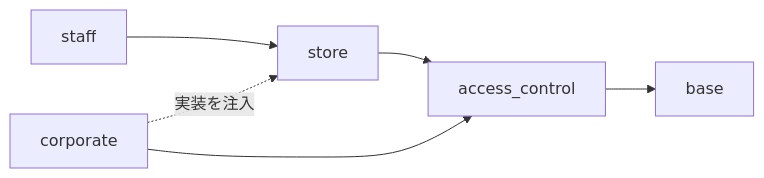
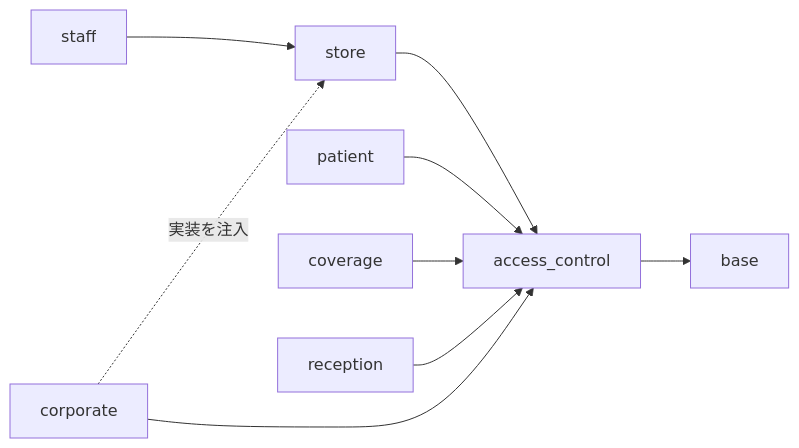
Before and after one commit to SatohaCC/PharmacyDomain: the second of 2 diagrams in okf/index.md, drawn with Mermaid. The commit also changed other lines of this file and 7 other files, not shown here.

````diff
--- a/okf/index.md
+++ b/okf/index.md
@@ -327,6 +332,9 @@
 ```mermaid
 flowchart LR
     ST[staff] --> SR[store] --> AC[access_control] --> B[base]
+    P[patient] --> AC
+    COV[coverage] --> AC
+    REC[reception] --> AC
     C[corporate] --> AC
     C -. 実装を注入 .-> SR
 ```
````
